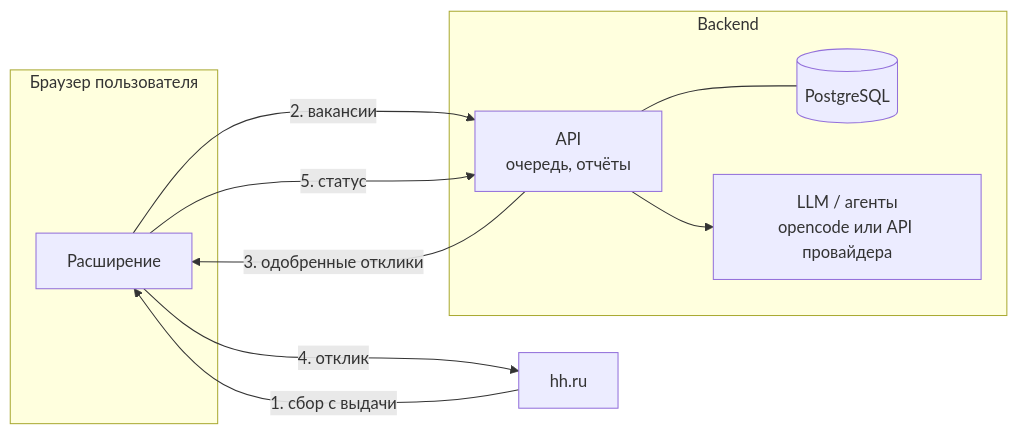
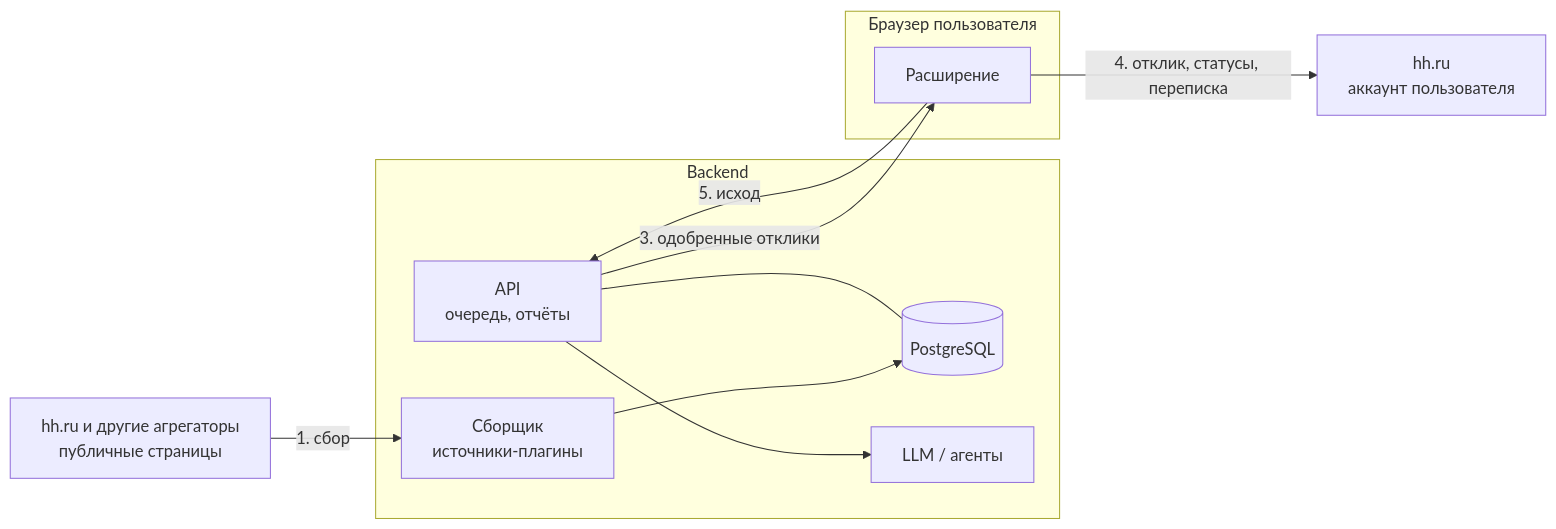
One commit to kondykov/hh-autoapplier-extension changed the diagram in docs/ROADMAP.md. Above: the diagram before and after it, drawn with Mermaid. The commit also changed other lines of this file and 19 other files, not shown here.

First line of the commit message:
feat(server): автономный сборщик вакансий с источниками-плагинами, источник hh.ru

````diff
--- a/docs/ROADMAP.md
+++ b/docs/ROADMAP.md
@@ -21,18 +21,23 @@
 ```mermaid
 flowchart LR
+  subgraph Server[Backend]
+    COL[Сборщик
+источники-плагины]
+    API[API
+очередь, отчёты]
+    DB[(PostgreSQL)]
+    LLM[LLM / агенты]
+    COL --> DB
+    API --- DB
+    API --> LLM
+  end
   subgraph Browser[Браузер пользователя]
     EXT[Расширение]
   end
-  subgraph Server[Backend]
-    API[API\nочередь, отчёты]
-    DB[(PostgreSQL)]
-    LLM[LLM / агенты\nopencode или API провайдера]
-    API --- DB
-    API --> LLM
-  end
-  HH[hh.ru] -- 1. сбор с выдачи --> EXT
-  EXT -- 2. вакансии --> API
+  SRC[hh.ru и другие агрегаторы
+публичные страницы] -- 1. сбор --> COL
   API -- 3. одобренные отклики --> EXT
-  EXT -- 4. отклик --> HH
-  EXT -- 5. статус --> API
+  EXT -- 4. отклик, статусы, переписка --> HH[hh.ru
+аккаунт пользователя]
+  EXT -- 5. исход --> API
 ```
````
